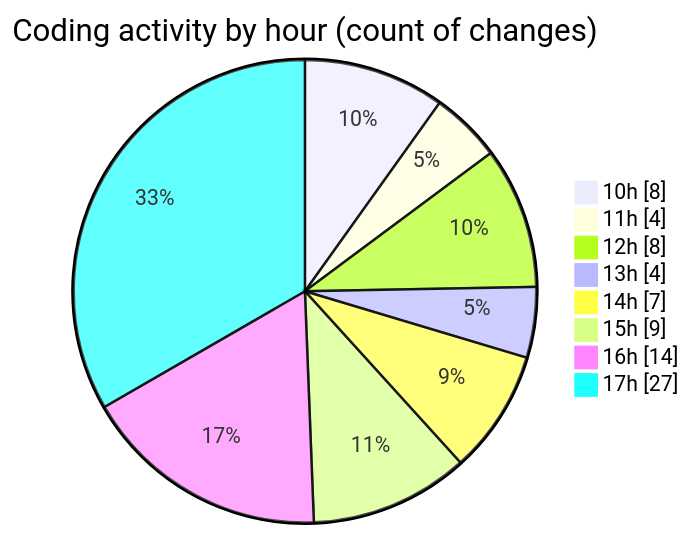
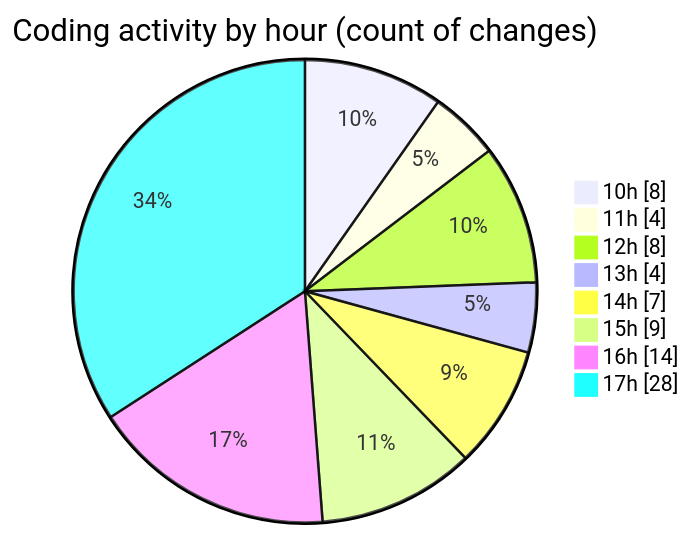
One commit to nxtqubesakshisongat/code-tracking changed the second of 2 diagrams in 2025-08-07/nxtqube_webapp/README.md. Above: the diagram before and after it, drawn with Mermaid. The commit also changed other lines of this file and 1 other file, not shown here.

````diff
--- a/2025-08-07/nxtqube_webapp/README.md
+++ b/2025-08-07/nxtqube_webapp/README.md
@@ -35,12 +35,12 @@
 ```mermaid
 pie showData
 title Coding activity by hour (count of changes)
 "10h" : 8
 "11h" : 4
 "12h" : 8
 "13h" : 4
 "14h" : 7
 "15h" : 9
 "16h" : 14
-"17h" : 27
+"17h" : 28
 ```
````
